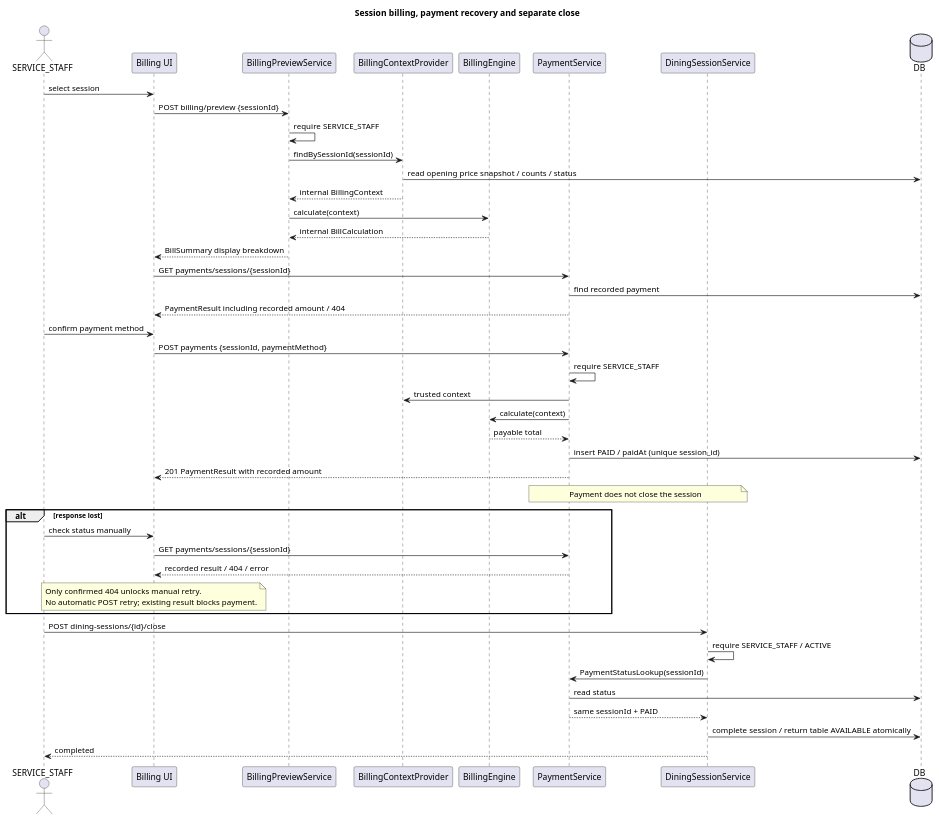
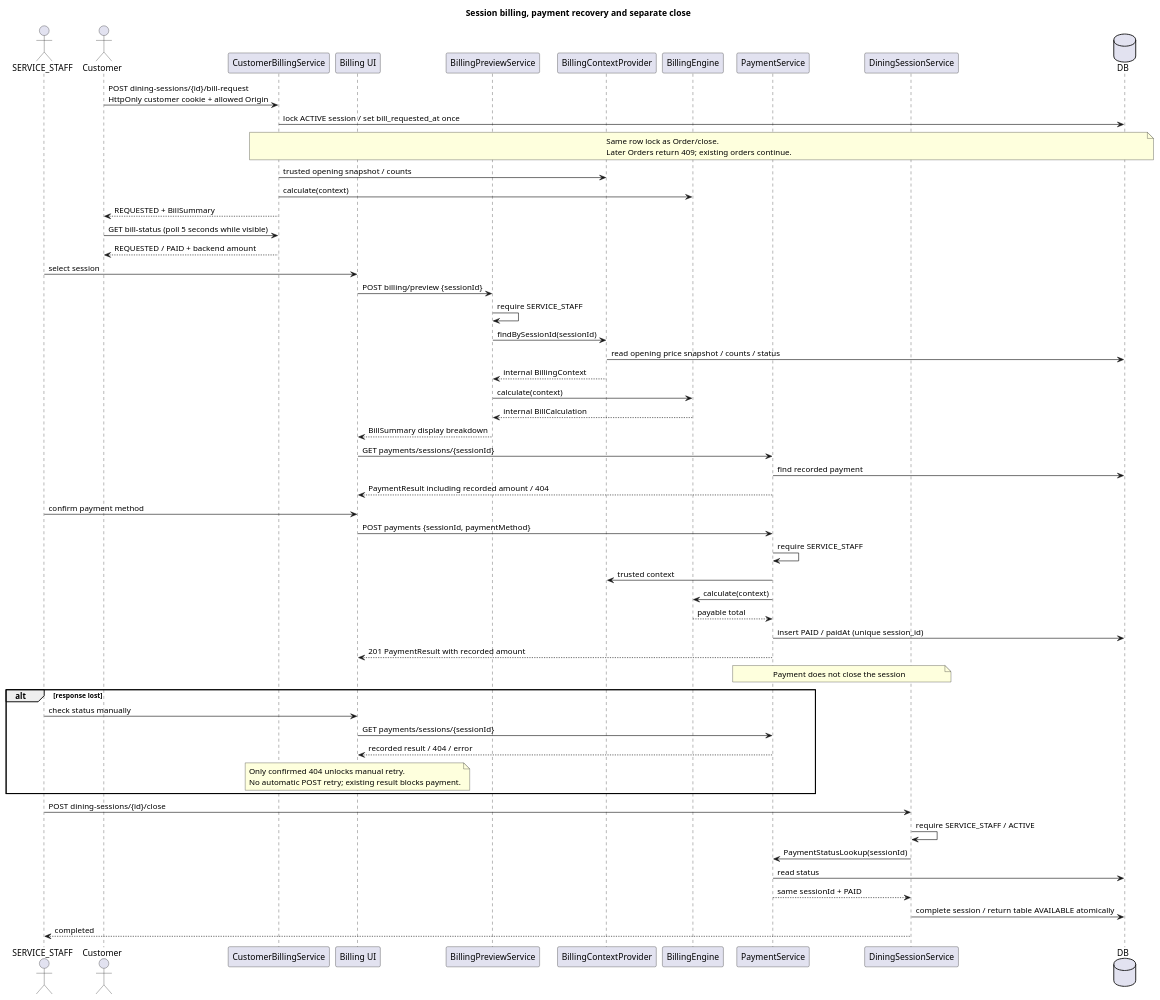
Before and after one commit to PavaritPramual/buffet-restaurant-management-system: the diagram in doc/diagrams/sequence-billing-payment.puml, drawn with PlantUML. The commit also changed 52 other files, not shown here.

```diff
--- a/doc/diagrams/sequence-billing-payment.puml
+++ b/doc/diagrams/sequence-billing-payment.puml
@@ -1,48 +1,58 @@
 @startuml
 title Session billing, payment recovery and separate close
 actor "SERVICE_STAFF" as Staff
+actor Customer
+participant "CustomerBillingService" as CustomerBilling
 participant "Billing UI" as UI
 participant "BillingPreviewService" as Billing
 participant "BillingContextProvider" as Context
 participant "BillingEngine" as Engine
 participant "PaymentService" as Payment
 participant "DiningSessionService" as Session
 database DB
+Customer -> CustomerBilling : POST dining-sessions/{id}/bill-request\nHttpOnly customer cookie + allowed Origin
+CustomerBilling -> DB : lock ACTIVE session / set bill_requested_at once
+note over CustomerBilling,DB : Same row lock as Order/close.\nLater Orders return 409; existing orders continue.
+CustomerBilling -> Context : trusted opening snapshot / counts
+CustomerBilling -> Engine : calculate(context)
+CustomerBilling --> Customer : REQUESTED + BillSummary
+Customer -> CustomerBilling : GET bill-status (poll 5 seconds while visible)
+CustomerBilling --> Customer : REQUESTED / PAID + backend amount
 Staff -> UI : select session
 UI -> Billing : POST billing/preview {sessionId}
 Billing -> Billing : require SERVICE_STAFF
 Billing -> Context : findBySessionId(sessionId)
 Context -> DB : read opening price snapshot / counts / status
 Context --> Billing : internal BillingContext
 Billing -> Engine : calculate(context)
 Engine --> Billing : internal BillCalculation
 Billing --> UI : BillSummary display breakdown
 UI -> Payment : GET payments/sessions/{sessionId}
 Payment -> DB : find recorded payment
 Payment --> UI : PaymentResult including recorded amount / 404
 Staff -> UI : confirm payment method
 UI -> Payment : POST payments {sessionId, paymentMethod}
 Payment -> Payment : require SERVICE_STAFF
 Payment -> Context : trusted context
 Payment -> Engine : calculate(context)
 Engine --> Payment : payable total
 Payment -> DB : insert PAID / paidAt (unique session_id)
 Payment --> UI : 201 PaymentResult with recorded amount
 note over Payment,Session : Payment does not close the session
 alt response lost
  Staff -> UI : check status manually
  UI -> Payment : GET payments/sessions/{sessionId}
  Payment --> UI : recorded result / 404 / error
  note over UI
   Only confirmed 404 unlocks manual retry.
   No automatic POST retry; existing result blocks payment.
  end note
 end
 Staff -> Session : POST dining-sessions/{id}/close
 Session -> Session : require SERVICE_STAFF / ACTIVE
 Session -> Payment : PaymentStatusLookup(sessionId)
 Payment -> DB : read status
 Payment --> Session : same sessionId + PAID
 Session -> DB : complete session / return table AVAILABLE atomically
 Session --> Staff : completed
 @enduml
```
